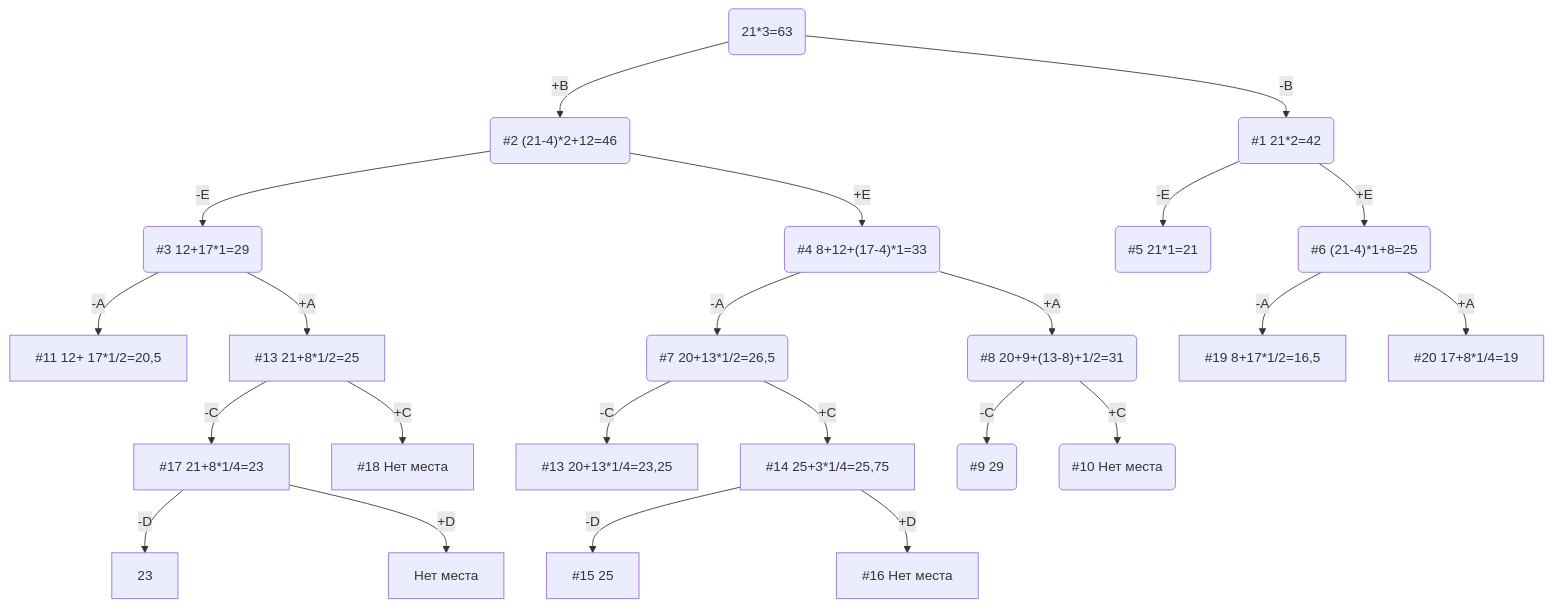
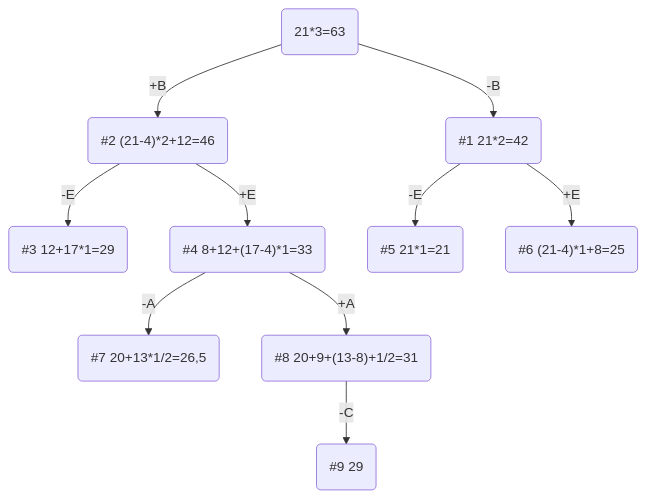
One commit to hse-algo-24-raven/manual-tasks-raven changed the diagram in task-11/minions.md. Above: the diagram before and after it, drawn with Mermaid.

Commit message:
Исправления

````diff
--- a/task-11/minions.md
+++ b/task-11/minions.md
@@ -36,26 +36,12 @@
 ```mermaid
 graph TB
     1("21*3=63") -- +B --> 2("#2 (21-4)*2+12=46")
     1 -- "-B" --> 3("#1 21*2=42")
     2 -- "-E" --> 4("#3 12+17*1=29")
     2 -- +E --> 5("#4 8+12+(17-4)*1=33")
     3 -- "-E" --> 6("#5 21*1=21")
     3 -- +E --> 7("#6 (21-4)*1+8=25")
     5 -- "-A" --> 8("#7 20+13*1/2=26,5")
     5 -- +A --> 9("#8 20+9+(13-8)+1/2=31")
     9 -- "-C" --> 10("#9 29")
-    9 -- +C --> 11("#10 Нет места")
-    7 -- "-A" --> n1["#19 8+17*1/2=16,5"]
-    7 -- +A --> n2["#20 17+8*1/4=19"]
-    4 -- "-A" --> n3["#11 12+ 17*1/2=20,5"]
-    4 -- +A --> n4["#13 21+8*1/2=25"]
-    n4 -- "-C" --> n5["#17 21+8*1/4=23"]
-    n4 -- +C --> n6["#18 Нет места"]
-    n5 -- "-D" --> n7["23"]
-    n5 -- +D --> n8["Нет места"]
-    8 -- "-C" --> n9["#13 20+13*1/4=23,25"]
-    8 -- +C --> n10["#14 25+3*1/4=25,75"]
-    n10 -- "-D" --> n11["#15 25"]
-    n10 -- +D --> n12["#16 Нет места"]
-
 ```
````
